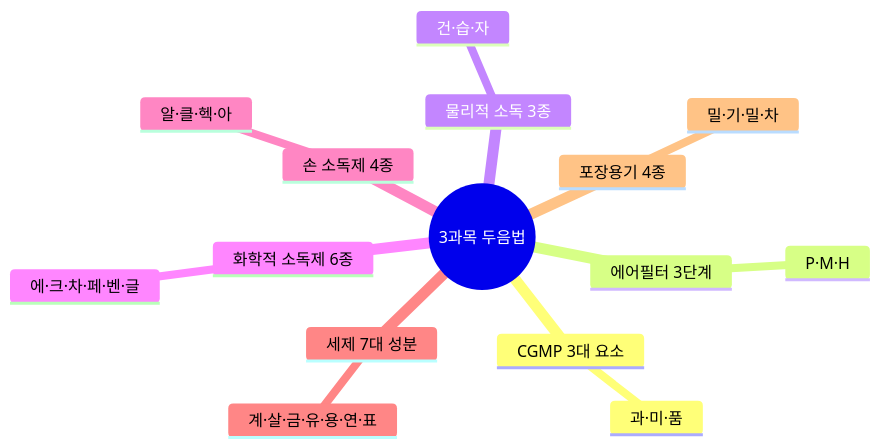
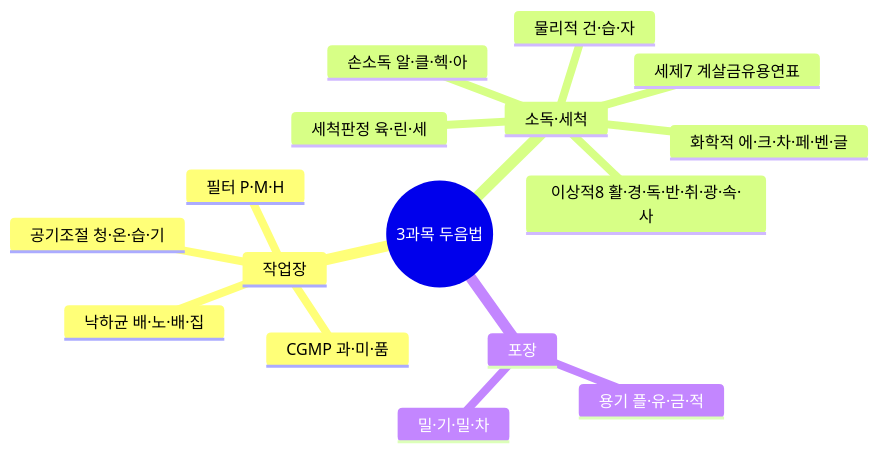
One commit to skygoldlee-cyber/Personalized_Skincare changed the third of 5 diagrams in content/두음법_암기_총정리.md. Above: the diagram before and after it, drawn with Mermaid. The commit also changed other lines of this file and 1 other file, not shown here.

````diff
--- a/content/두음법_암기_총정리.md
+++ b/content/두음법_암기_총정리.md
@@ -95,18 +103,19 @@
 ```mermaid
 mindmap
  root((3과목 두음법))
-  CGMP 3대 요소
-   과·미·품
-  에어필터 3단계
-   P·M·H
-  물리적 소독 3종
-   건·습·자
-  화학적 소독제 6종
-   에·크·차·페·벤·글
-  손 소독제 4종
-   알·클·헥·아
-  세제 7대 성분
-   계·살·금·유·용·연·표
-  포장용기 4종
+  작업장
+   CGMP 과·미·품
+   필터 P·M·H
+   공기조절 청·온·습·기
+   낙하균 배·노·배·집
+  소독·세척
+   물리적 건·습·자
+   화학적 에·크·차·페·벤·글
+   이상적8 활·경·독·반·취·광·속·사
+   손소독 알·클·헥·아
+   세제7 계살금유용연표
+   세척판정 육·린·세
+  포장
+   용기 플·유·금·적
    밀·기·밀·차
 ```
````
